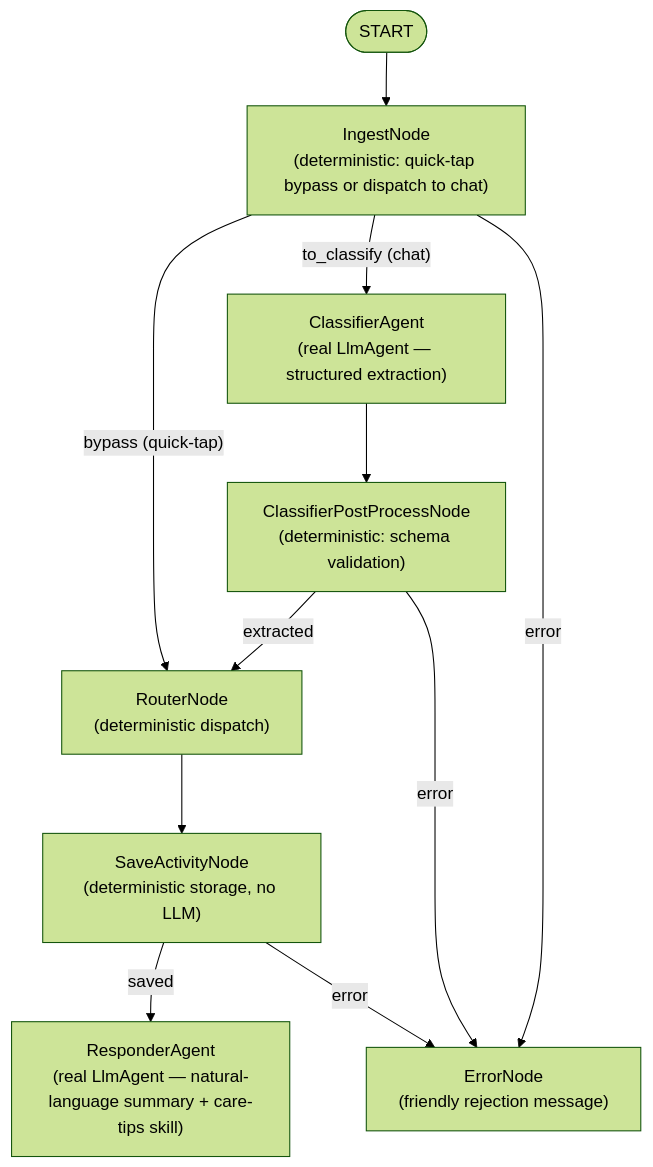
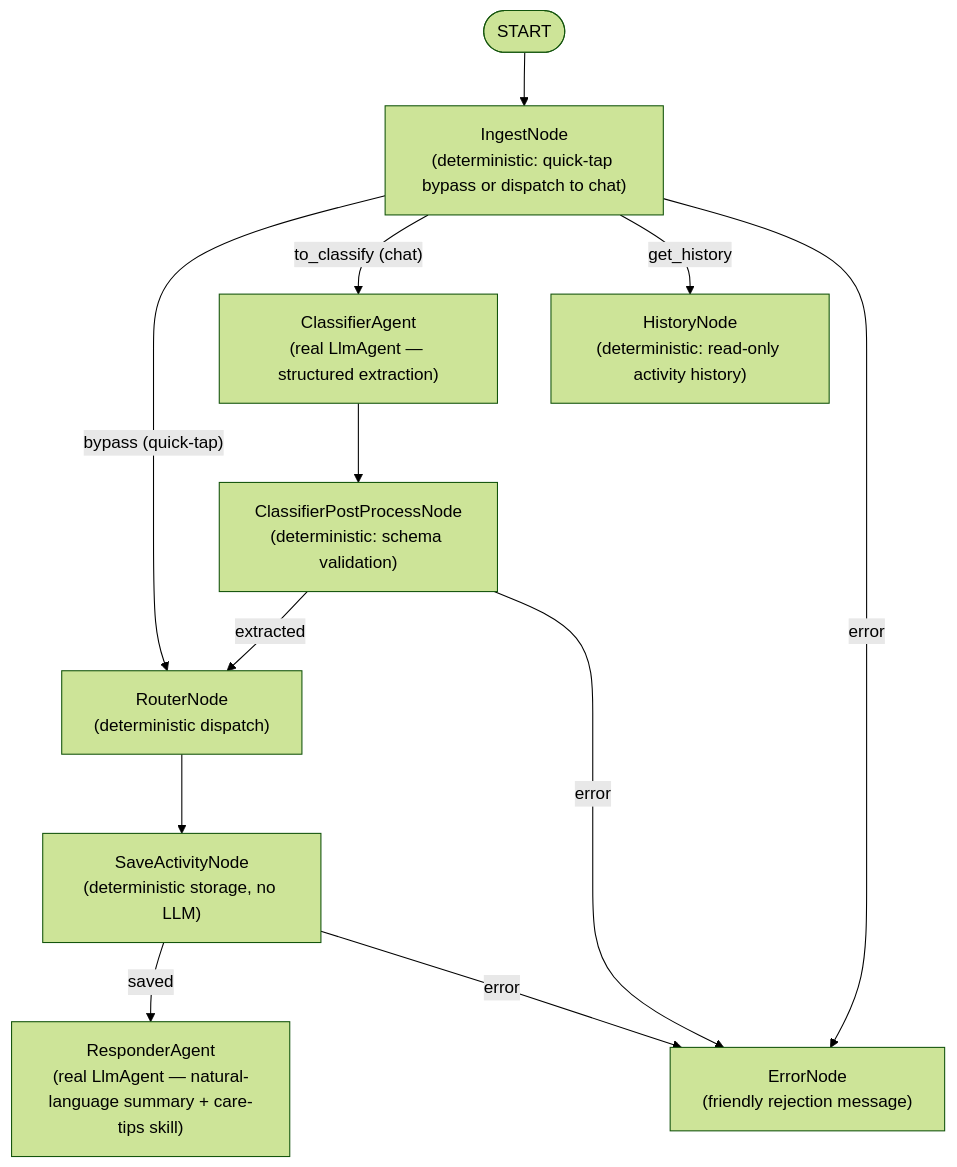
The diagram in README.md (oslinin/nanny), drawn with Mermaid (forest theme) before and after one commit. The commit also changed other lines of this file and 8 other files, not shown here.

````diff
--- a/README.md
+++ b/README.md
@@ -28,22 +28,24 @@
 ```mermaid
 flowchart TD
     START([START])
     Ingest["IngestNode\n(deterministic: quick-tap bypass or dispatch to chat)"]
     Classifier["ClassifierAgent\n(real LlmAgent — structured extraction)"]
     Postprocess["ClassifierPostProcessNode\n(deterministic: schema validation)"]
     Router["RouterNode\n(deterministic dispatch)"]
     Save["SaveActivityNode\n(deterministic storage, no LLM)"]
     Responder["ResponderAgent\n(real LlmAgent — natural-language summary + care-tips skill)"]
+    History["HistoryNode\n(deterministic: read-only activity history)"]
     ErrorNode["ErrorNode\n(friendly rejection message)"]
 
     START --> Ingest
     Ingest -- "bypass (quick-tap)" --> Router
     Ingest -- "to_classify (chat)" --> Classifier
+    Ingest -- "get_history" --> History
     Ingest -- "error" --> ErrorNode
     Classifier --> Postprocess
     Postprocess -- "extracted" --> Router
     Postprocess -- "error" --> ErrorNode
     Router --> Save
     Save -- "saved" --> Responder
     Save -- "error" --> ErrorNode
 ```
````
